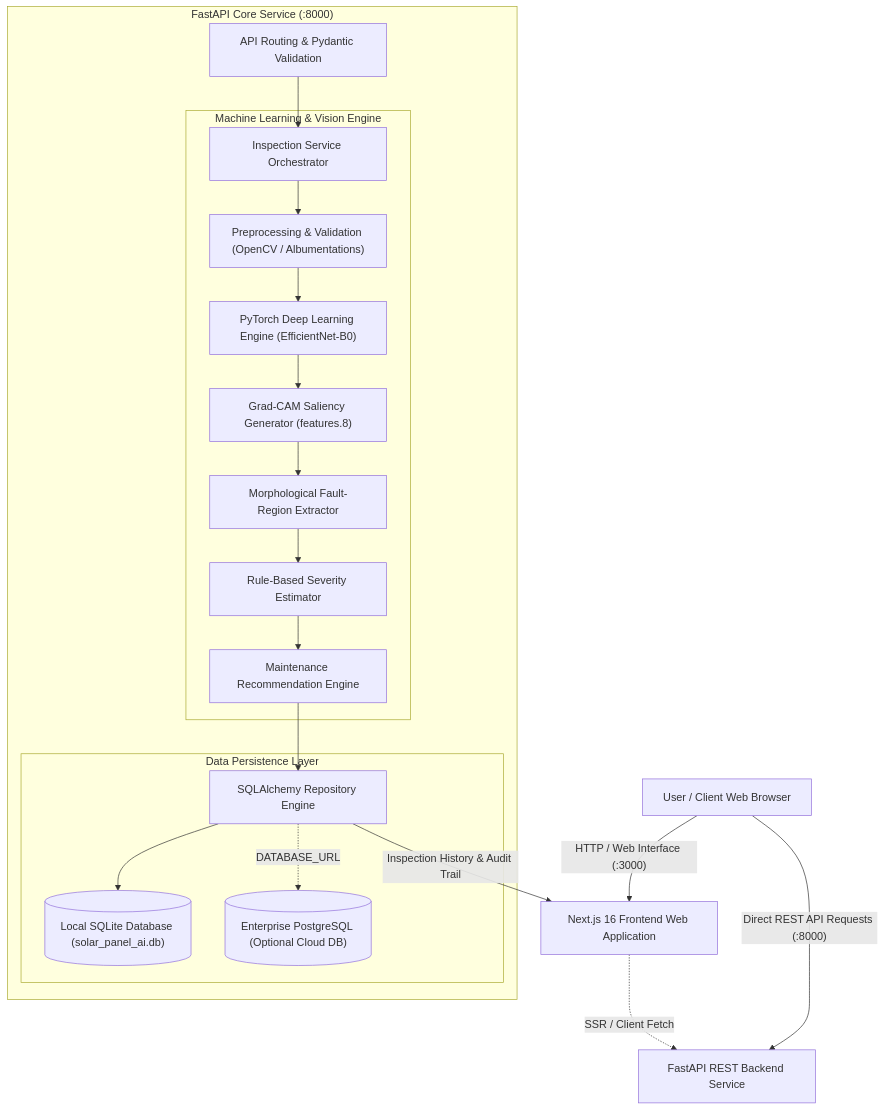
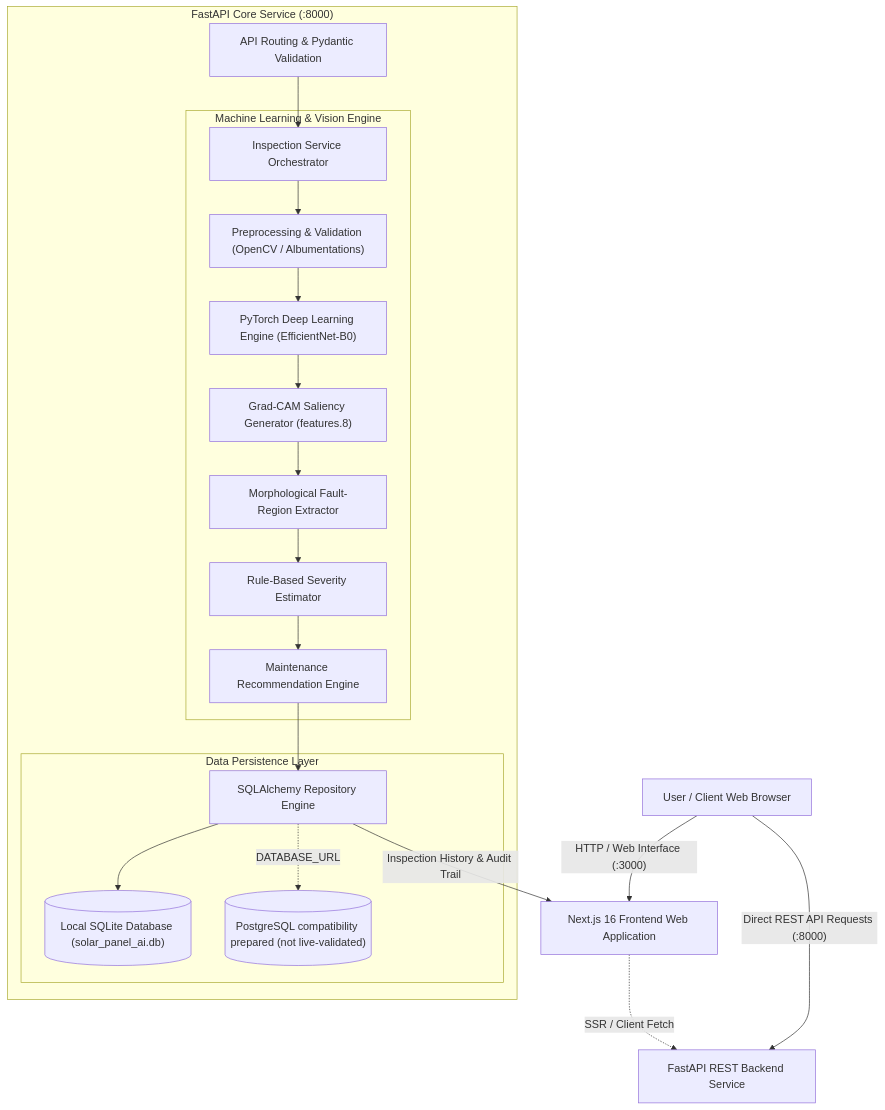
One commit to laksh2909/solar-panel-ai changed the diagram in docs/SYSTEM_ARCHITECTURE.md. Above: the diagram before and after it, drawn with Mermaid. The commit also changed other lines of this file and 7 other files, not shown here.

````diff
--- a/docs/SYSTEM_ARCHITECTURE.md
+++ b/docs/SYSTEM_ARCHITECTURE.md
@@ -7,40 +7,40 @@
 ```mermaid
 graph TD
     Client["User / Client Web Browser"] -->|"HTTP / Web Interface (:3000)"| Frontend["Next.js 16 Frontend Web Application"]
     Client -->|"Direct REST API Requests (:8000)"| Backend["FastAPI REST Backend Service"]
     Frontend -.->|"SSR / Client Fetch"| Backend
 
     subgraph Backend_Application["FastAPI Core Service (:8000)"]
         Router["API Routing & Pydantic Validation"]
         Service["Inspection Service Orchestrator"]
         Router --> Service
 
         subgraph ML_CV_Subsystem["Machine Learning & Vision Engine"]
             Prep["Preprocessing & Validation (OpenCV / Albumentations)"]
             Model["PyTorch Deep Learning Engine (EfficientNet-B0)"]
             GradCAM["Grad-CAM Saliency Generator (features.8)"]
             RoI["Morphological Fault-Region Extractor"]
             Severity["Rule-Based Severity Estimator"]
             Maint["Maintenance Recommendation Engine"]
 
             Service --> Prep
             Prep --> Model
             Model --> GradCAM
             GradCAM --> RoI
             RoI --> Severity
             Severity --> Maint
         end
 
         subgraph Storage_Subsystem["Data Persistence Layer"]
             Repo["SQLAlchemy Repository Engine"]
             SQLite[("Local SQLite Database (solar_panel_ai.db)")]
-            Postgres[("Enterprise PostgreSQL (Optional Cloud DB)")]
+            Postgres[("PostgreSQL compatibility prepared (not live-validated)")]
             
             Maint --> Repo
             Repo --> SQLite
             Repo -.->|DATABASE_URL| Postgres
         end
     end
 
     Repo -->|"Inspection History & Audit Trail"| Frontend
 ```
````
